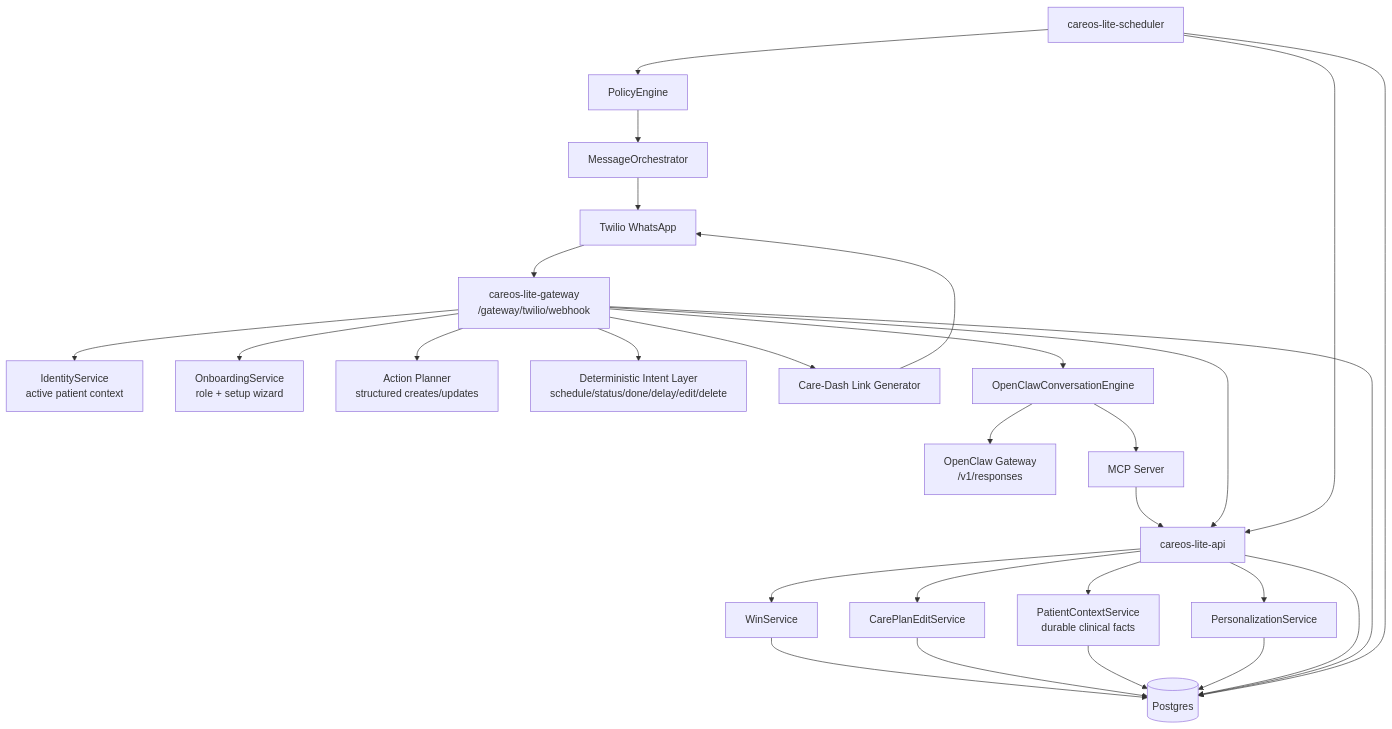
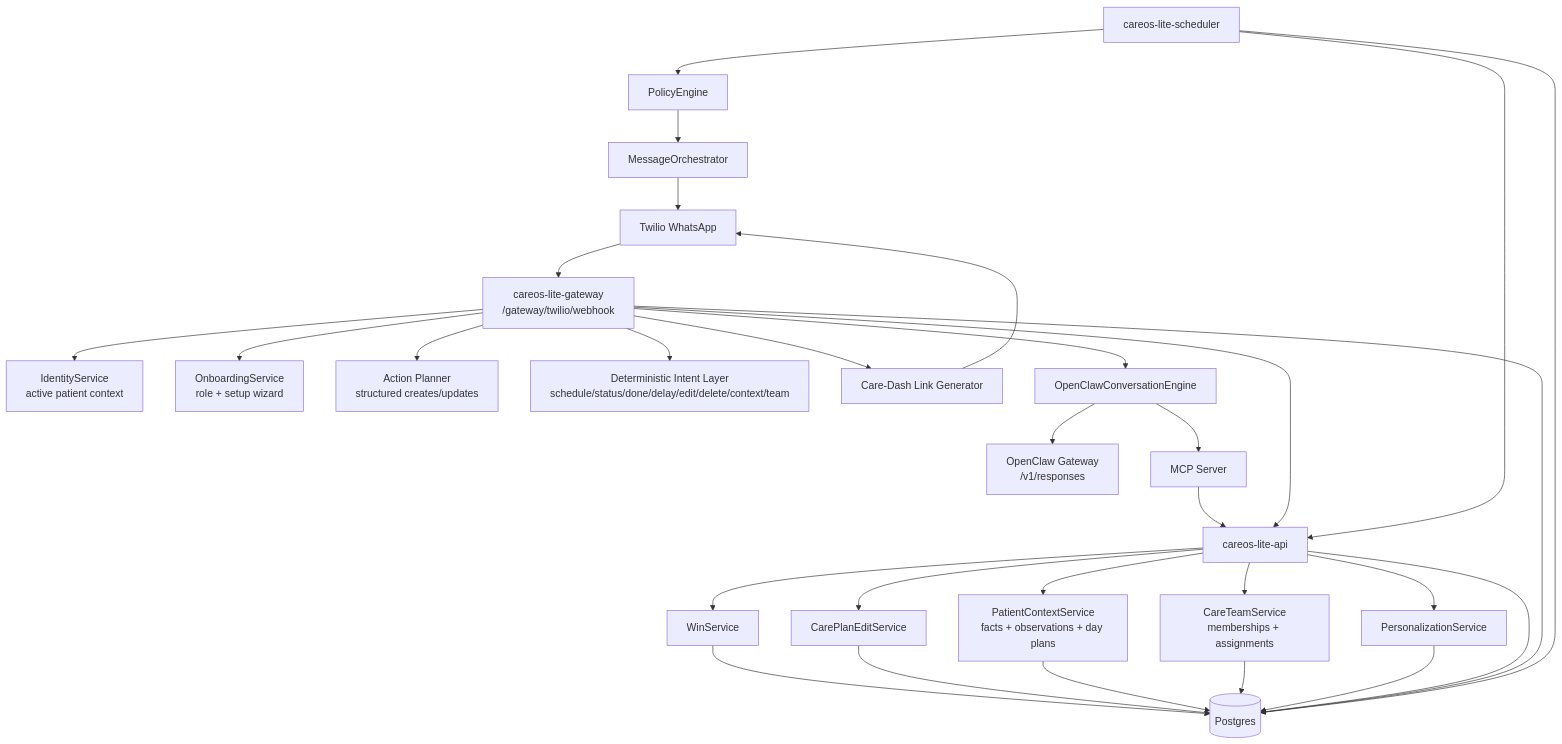
One commit to subramankala/careos changed the diagram in ARCHITECTURE.md. Above: the diagram before and after it, drawn with Mermaid. The commit also changed other lines of this file and 1 other file, not shown here.

````diff
--- a/ARCHITECTURE.md
+++ b/ARCHITECTURE.md
@@ -5,36 +5,38 @@
 ```mermaid
 flowchart TD
     TW[Twilio WhatsApp] --> GW[careos-lite-gateway<br/>/gateway/twilio/webhook]
 
     GW --> ID[IdentityService<br/>active patient context]
     GW --> ONB[OnboardingService<br/>role + setup wizard]
     GW --> PLAN[Action Planner<br/>structured creates/updates]
-    GW --> DET[Deterministic Intent Layer<br/>schedule/status/done/delay/edit/delete]
+    GW --> DET[Deterministic Intent Layer<br/>schedule/status/done/delay/edit/delete/context/team]
     GW --> DASH[Care-Dash Link Generator]
     GW --> OCL[OpenClawConversationEngine]
 
     OCL --> RESP[OpenClaw Gateway<br/>/v1/responses]
     OCL --> MCP[MCP Server]
 
     MCP --> API
     GW --> API[careos-lite-api]
     API --> WIN[WinService]
     API --> EDIT[CarePlanEditService]
-    API --> PCTX[PatientContextService<br/>durable clinical facts]
+    API --> PCTX[PatientContextService<br/>facts + observations + day plans]
+    API --> TEAM[CareTeamService<br/>memberships + assignments]
     API --> PERS[PersonalizationService]
 
     WIN --> DB[(Postgres)]
     EDIT --> DB
     PCTX --> DB
+    TEAM --> DB
     PERS --> DB
     API --> DB
     GW --> DB
 
     SCHED[careos-lite-scheduler] --> API
     SCHED --> DB
     SCHED --> POL[PolicyEngine]
     POL --> MSG[MessageOrchestrator]
     MSG --> TW
 
     DASH --> TW
 ```
````
